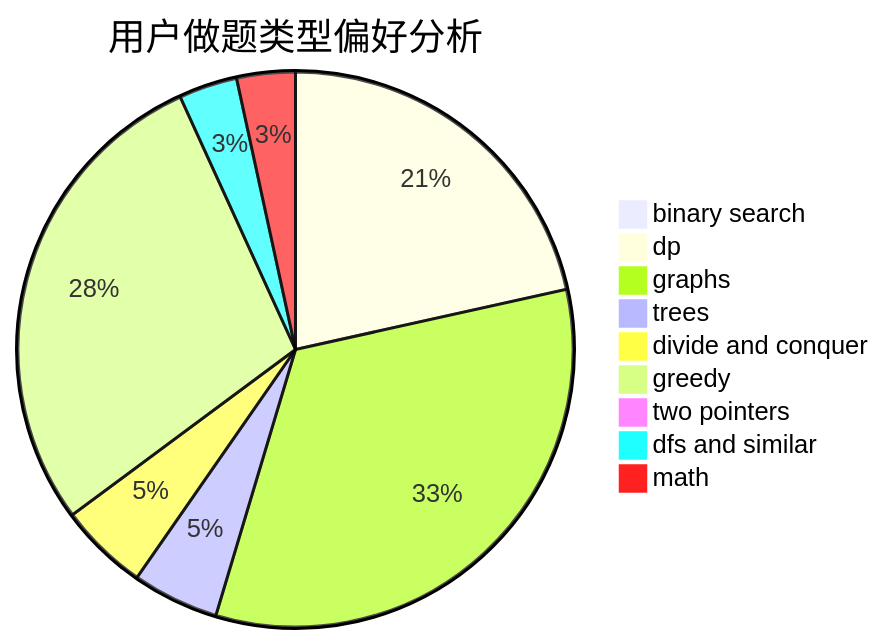
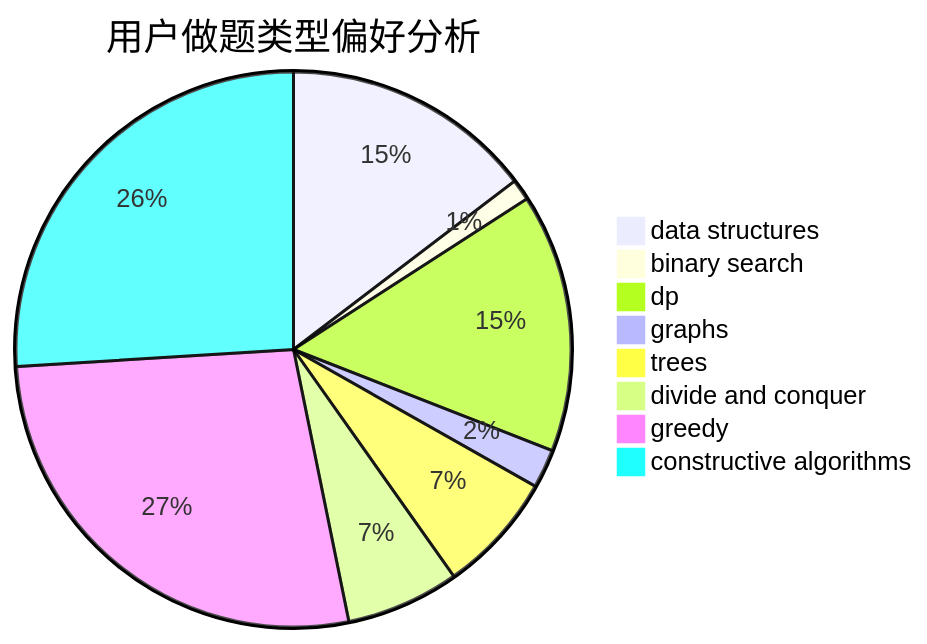
One commit to sherpahu/cfrs.github.io changed the second of 3 diagrams in docs/user/u2029.md. Above: the diagram before and after it, drawn with Mermaid. The commit also changed other lines of this file and 2775 other files, not shown here.

````diff
--- a/docs/user/u2029.md
+++ b/docs/user/u2029.md
@@ -23,12 +23,11 @@
 ```mermaid
 pie title 用户做题类型偏好分析
-    "binary search" :  7
-    "dp" :  158
-    "graphs" :  243
-    "trees" :  37
-    "divide and conquer" :  38
-    "greedy" :  208
-    "two pointers" :  3
-    "dfs and similar" :  25
-    "math" :  25
+    "data structures" :  71
+    "binary search" :  6
+    "dp" :  73
+    "graphs" :  11
+    "trees" :  34
+    "divide and conquer" :  32
+    "greedy" :  132
+    "constructive algorithms" :  126
 ```
````
